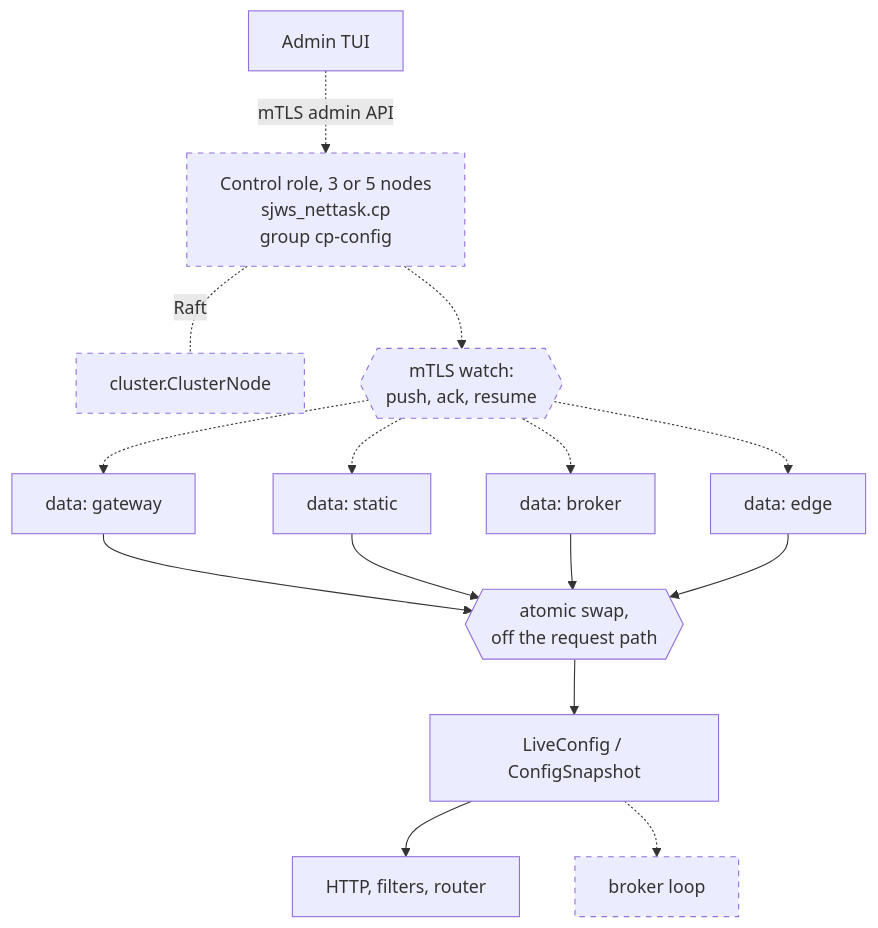
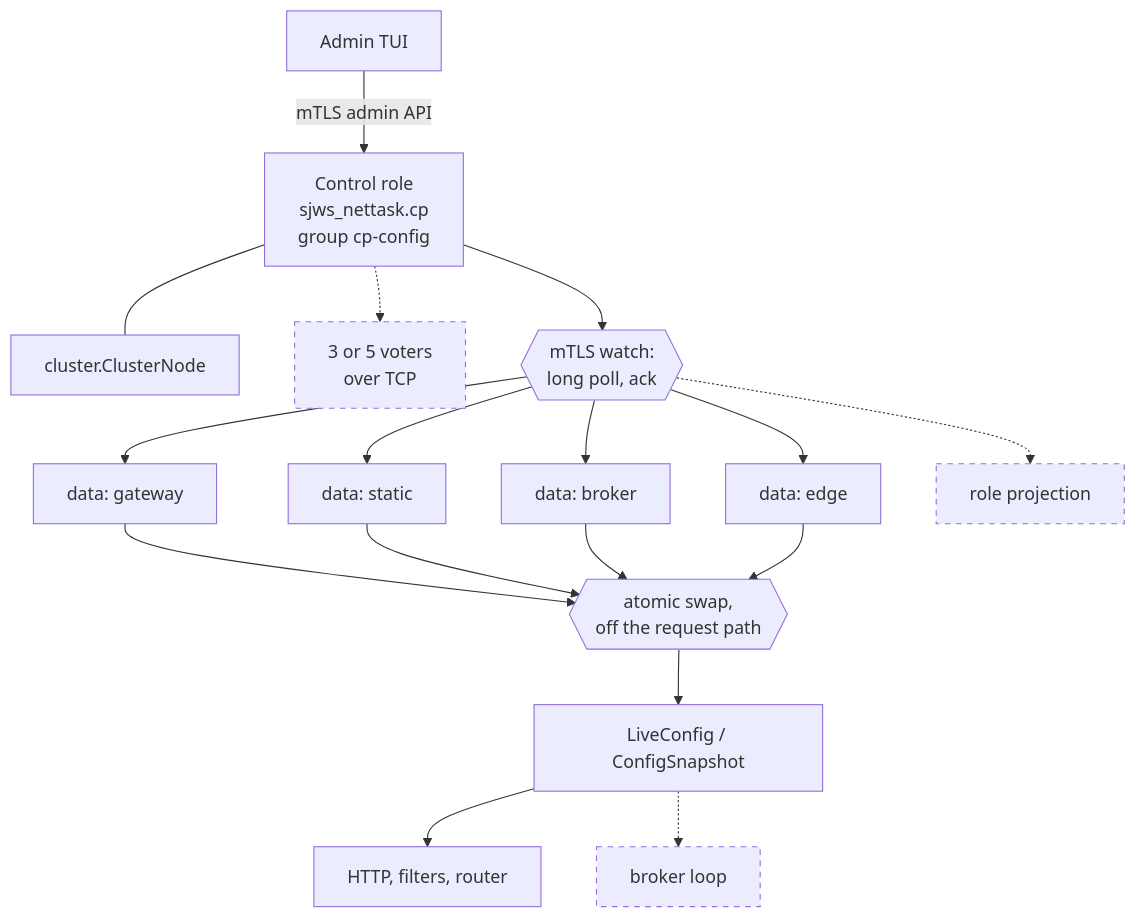
One commit to BlivionIaG/sjws_nettask changed the first of 6 diagrams in docs/design/control-plane.md. Above: the diagram before and after it, drawn with Mermaid. The commit also changed other lines of this file and 3 other files, not shown here.

First line of the commit message:
docs: HA and control-plane diagrams separate built from designed

````diff
--- a/docs/design/control-plane.md
+++ b/docs/design/control-plane.md
@@ -47,20 +47,22 @@
 ```mermaid
 flowchart TD
-    tui["Admin TUI"] -.->|"mTLS admin API"| cp["Control role, 3 or 5 nodes<br/>sjws_nettask.cp<br/>group cp-config"]
-    cp -.-|"Raft"| raft["cluster.ClusterNode"]
-    cp -.-> w{{"mTLS watch:<br/>push, ack, resume"}}
-    w -.-> g["data: gateway"]
-    w -.-> st["data: static"]
-    w -.-> b["data: broker"]
-    w -.-> e["data: edge"]
+    tui["Admin TUI"] -->|"mTLS admin API"| cp["Control role<br/>sjws_nettask.cp<br/>group cp-config"]
+    cp --- raft["cluster.ClusterNode"]
+    cp -.-> mv["3 or 5 voters<br/>over TCP"]
+    cp --> w{{"mTLS watch:<br/>long poll, ack"}}
+    w --> g["data: gateway"]
+    w --> st["data: static"]
+    w --> b["data: broker"]
+    w --> e["data: edge"]
+    w -.-> pj["role projection"]
     g --> sw{{"atomic swap,<br/>off the request path"}}
     st --> sw
     b --> sw
     e --> sw
     sw --> live["LiveConfig / ConfigSnapshot"]
     live --> use["HTTP, filters, router"]
     live -.-> bl["broker loop"]
 
     classDef design stroke-dasharray: 5 5
-    class cp,raft,w,bl design
+    class mv,pj,bl design
 ```
````
